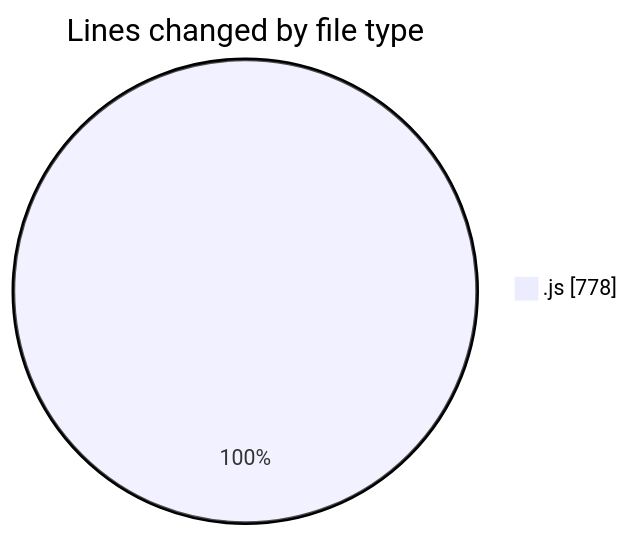
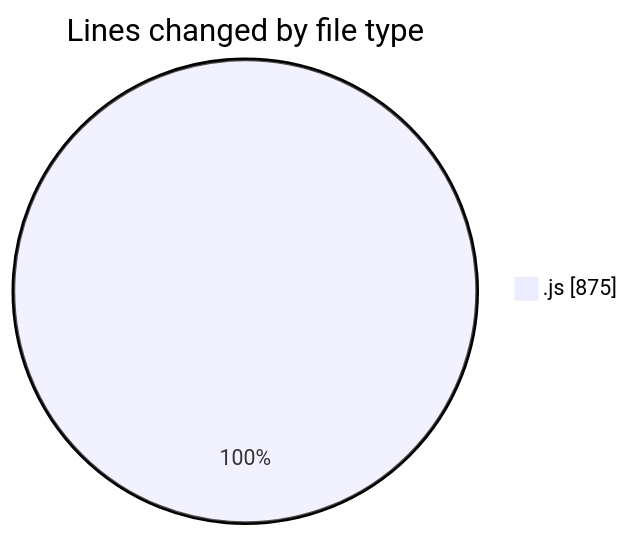
The first of 2 diagrams in 2025-03-31/jsvms/README.md (BS-eng2023/code-tracking), drawn with Mermaid before and after one commit. The commit also changed other lines of this file and 1 other file, not shown here.

````diff
--- a/2025-03-31/jsvms/README.md
+++ b/2025-03-31/jsvms/README.md
@@ -28,5 +29,5 @@
 ```mermaid
 pie showData
 title Lines changed by file type
-".js" : 778
+".js" : 875
 ```
````
